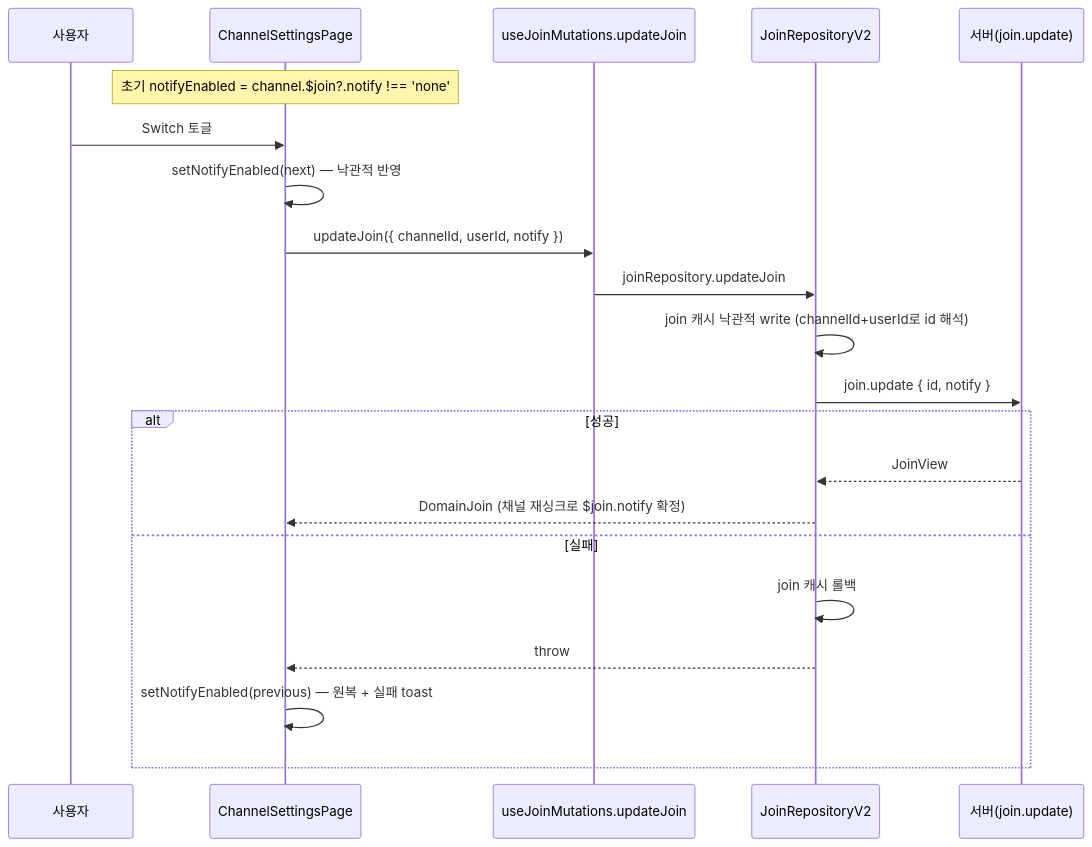
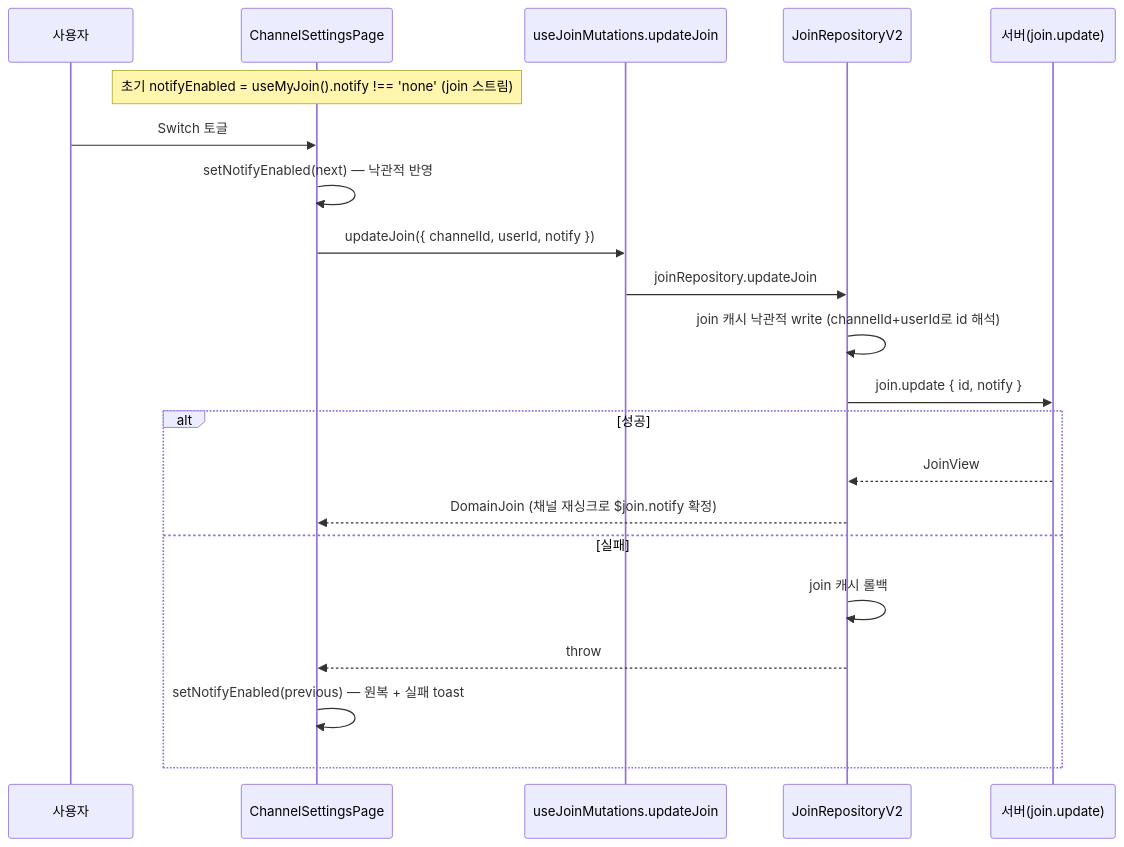
The third of 3 diagrams in apps/web/docs/feature/channels/channel-settings.md (lemoncloud-io/dou-app), drawn with Mermaid before and after one commit. The commit also changed other lines of this file and 5 other files, not shown here.

First line of the commit message:
refactor(web/channels): 알림 초기값을 channel.$join 대신 join 스트림에서 읽기

````diff
--- a/apps/web/docs/feature/channels/channel-settings.md
+++ b/apps/web/docs/feature/channels/channel-settings.md
@@ -106,24 +106,24 @@
 ```mermaid
 sequenceDiagram
   participant U as 사용자
   participant P as ChannelSettingsPage
   participant H as useJoinMutations.updateJoin
   participant R as JoinRepositoryV2
   participant S as 서버(join.update)
 
-  Note over P: 초기 notifyEnabled = channel.$join?.notify !== 'none'
+  Note over P: 초기 notifyEnabled = useMyJoin().notify !== 'none' (join 스트림)
   U->>P: Switch 토글
   P->>P: setNotifyEnabled(next) — 낙관적 반영
   P->>H: updateJoin({ channelId, userId, notify })
   H->>R: joinRepository.updateJoin
   R->>R: join 캐시 낙관적 write (channelId+userId로 id 해석)
   R->>S: join.update { id, notify }
   alt 성공
     S-->>R: JoinView
     R-->>P: DomainJoin (채널 재싱크로 $join.notify 확정)
   else 실패
     R->>R: join 캐시 롤백
     R-->>P: throw
     P->>P: setNotifyEnabled(previous) — 원복 + 실패 toast
   end
 ```
````
